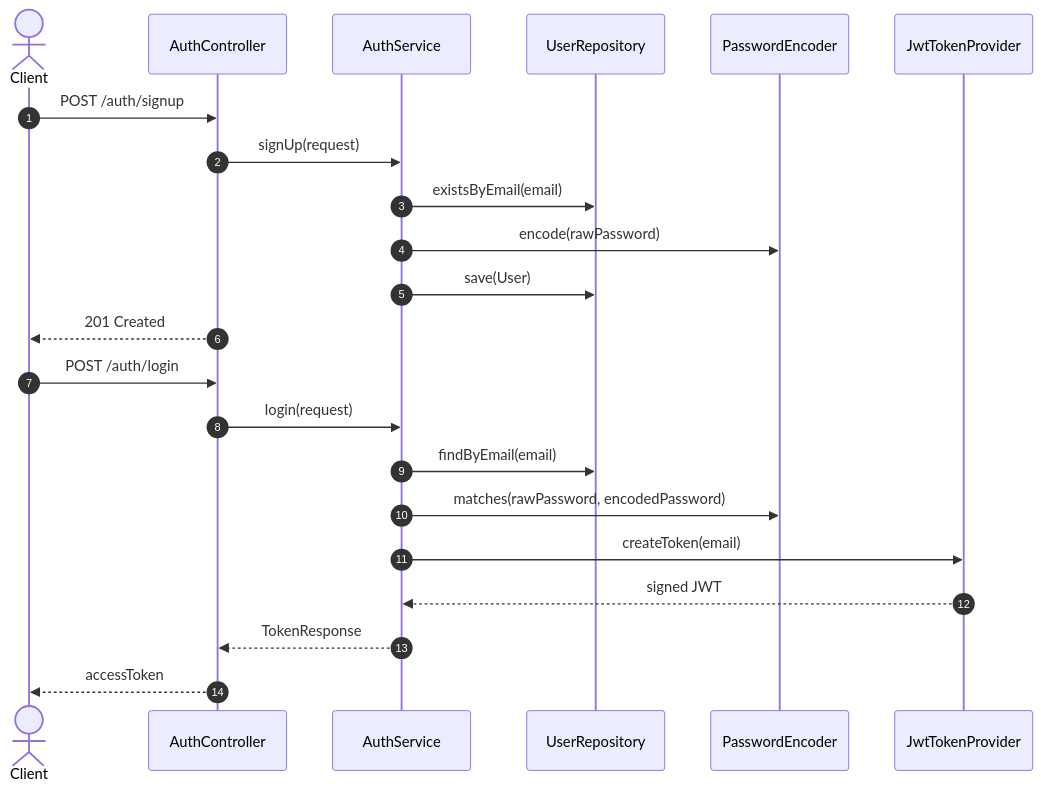
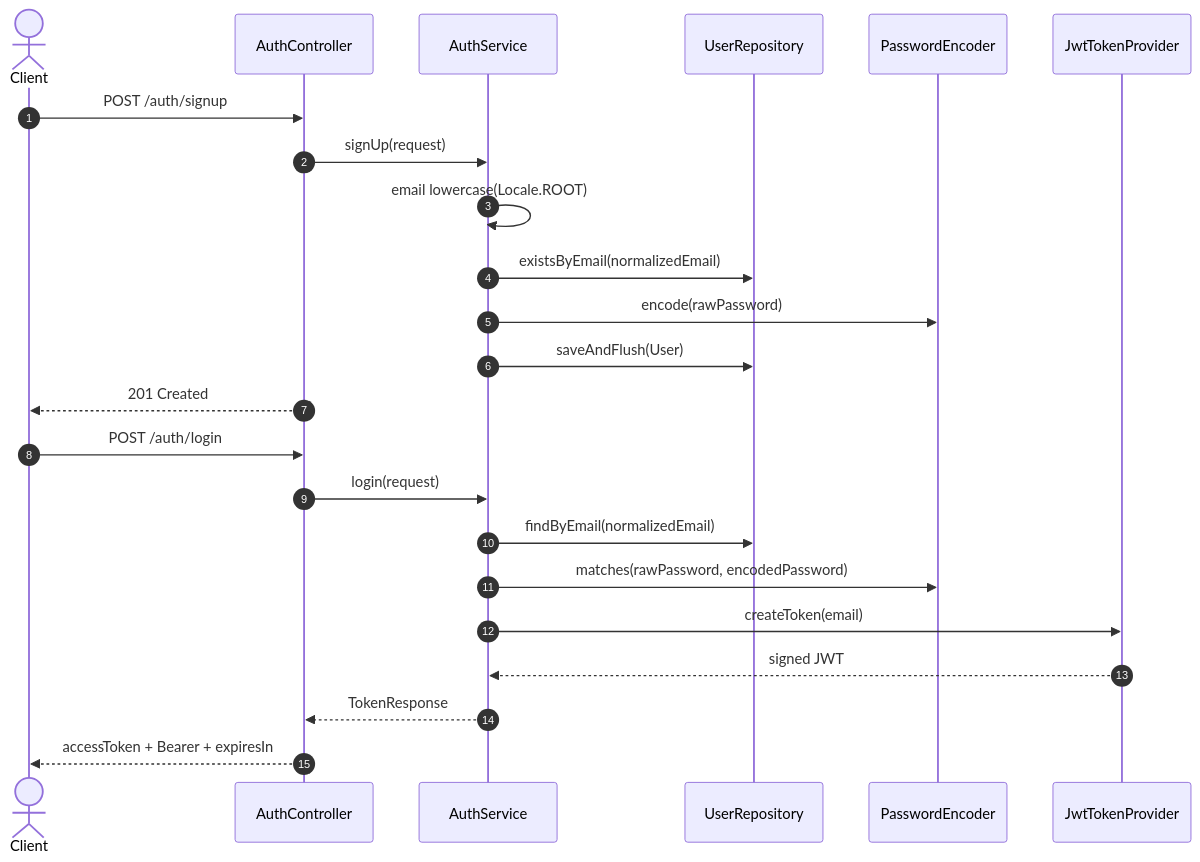
One commit to stdiodh/spring-boot-db-access-lab changed the first of 5 diagrams in docs/theory.md. Above: the diagram before and after it, drawn with Mermaid. The commit also changed other lines of this file and 29 other files, not shown here.

````diff
--- a/docs/theory.md
+++ b/docs/theory.md
@@ -30,26 +31,27 @@
 ```mermaid
 sequenceDiagram
     autonumber
     actor Client
     participant AuthController
     participant AuthService
     participant UserRepository
     participant Encoder as PasswordEncoder
     participant Provider as JwtTokenProvider
 
     Client->>AuthController: POST /auth/signup
     AuthController->>AuthService: signUp(request)
-    AuthService->>UserRepository: existsByEmail(email)
+    AuthService->>AuthService: email lowercase(Locale.ROOT)
+    AuthService->>UserRepository: existsByEmail(normalizedEmail)
     AuthService->>Encoder: encode(rawPassword)
-    AuthService->>UserRepository: save(User)
+    AuthService->>UserRepository: saveAndFlush(User)
     AuthController-->>Client: 201 Created
 
     Client->>AuthController: POST /auth/login
     AuthController->>AuthService: login(request)
-    AuthService->>UserRepository: findByEmail(email)
+    AuthService->>UserRepository: findByEmail(normalizedEmail)
     AuthService->>Encoder: matches(rawPassword, encodedPassword)
     AuthService->>Provider: createToken(email)
     Provider-->>AuthService: signed JWT
     AuthService-->>AuthController: TokenResponse
-    AuthController-->>Client: accessToken
+    AuthController-->>Client: accessToken + Bearer + expiresIn
 ```
````
